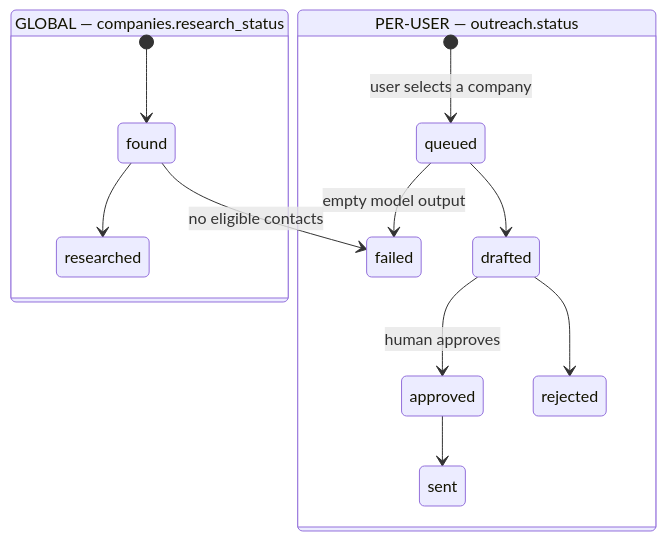
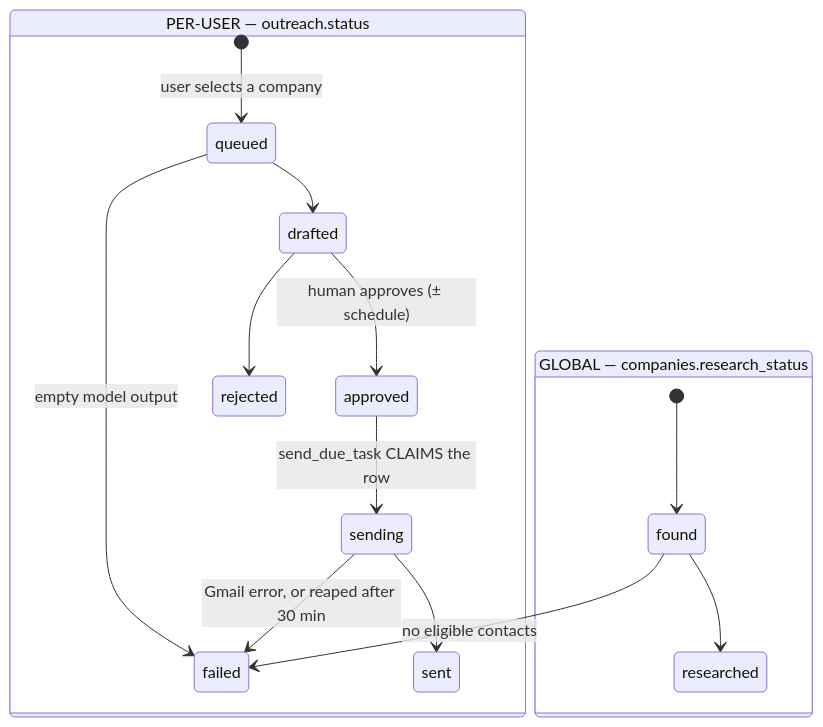
Before and after one commit to liyuxiao2/cold-email-agent: the third of 3 diagrams in docs/architecture-flow.md, drawn with Mermaid. The commit also changed other lines of this file and 2 other files, not shown here.

First line of the commit message:
docs: document scheduling, cadence, and the send claim guard

````diff
--- a/docs/architecture-flow.md
+++ b/docs/architecture-flow.md
@@ -76,16 +81,18 @@
 ```mermaid
 stateDiagram-v2
     state "GLOBAL — companies.research_status" as G {
         [*] --> found
         found --> researched
         found --> failed: no eligible contacts
     }
     state "PER-USER — outreach.status" as P {
         [*] --> queued: user selects a company
         queued --> drafted
         queued --> failed: empty model output
-        drafted --> approved: human approves
+        drafted --> approved: human approves (± schedule)
         drafted --> rejected
-        approved --> sent
+        approved --> sending: send_due_task CLAIMS the row
+        sending --> sent
+        sending --> failed: Gmail error, or reaped after 30 min
     }
 ```
````
